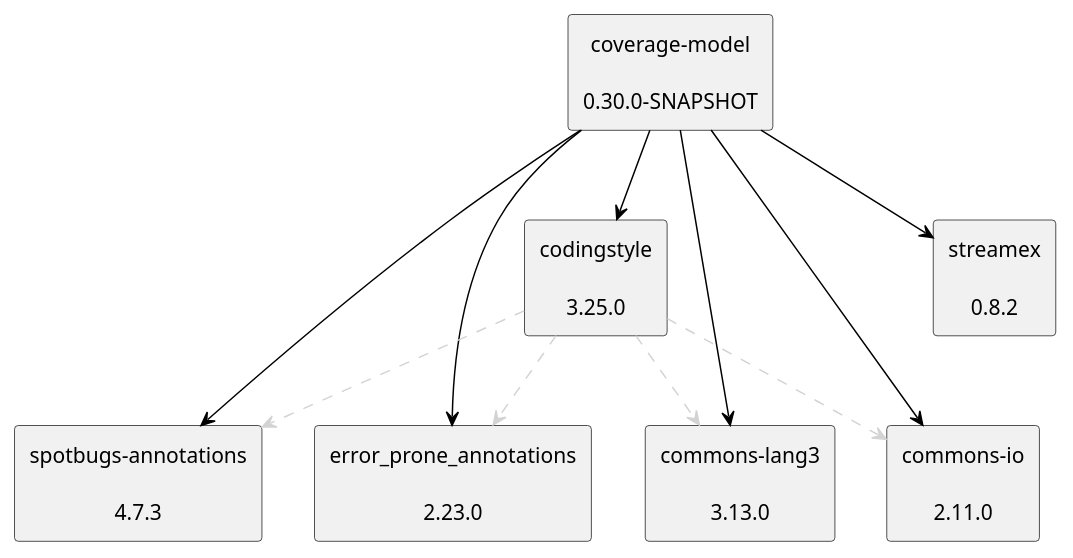
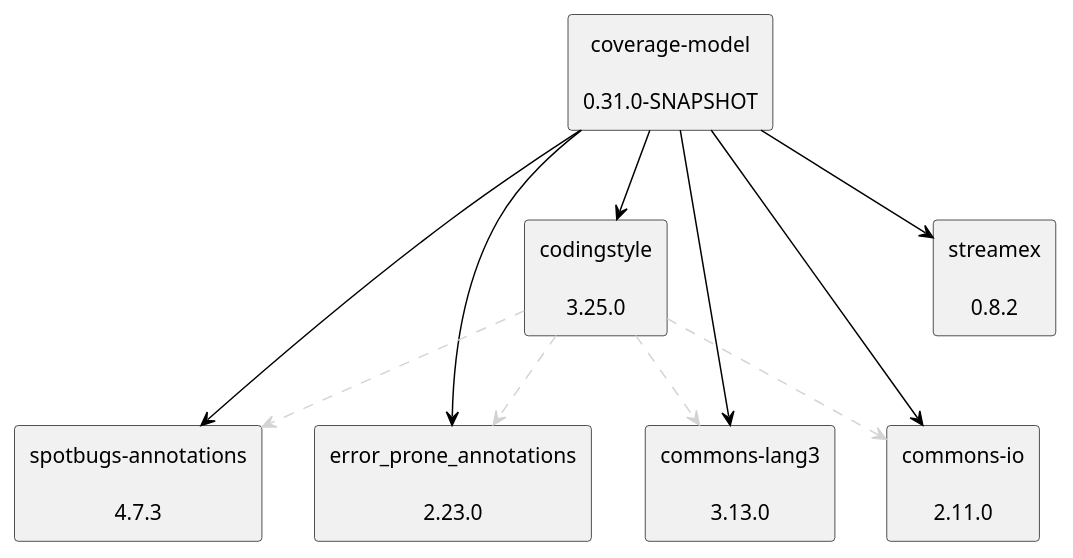
The diagram in doc/dependency-graph.puml (jenkinsci/coverage-model), drawn with PlantUML before and after one commit. The commit also changed 25 other files, not shown here.

```diff
--- a/doc/dependency-graph.puml
+++ b/doc/dependency-graph.puml
@@ -1,26 +1,26 @@
 @startuml
 skinparam defaultTextAlignment center
 skinparam rectangle {
   BackgroundColor<<optional>> beige
   BackgroundColor<<test>> lightGreen
   BackgroundColor<<runtime>> lightBlue
   BackgroundColor<<provided>> lightGray
 }
-rectangle "coverage-model\n\n0.30.0-SNAPSHOT" as edu_hm_hafner_coverage_model_jar
+rectangle "coverage-model\n\n0.31.0-SNAPSHOT" as edu_hm_hafner_coverage_model_jar
 rectangle "spotbugs-annotations\n\n4.7.3" as com_github_spotbugs_spotbugs_annotations_jar
 rectangle "error_prone_annotations\n\n2.23.0" as com_google_errorprone_error_prone_annotations_jar
 rectangle "streamex\n\n0.8.2" as one_util_streamex_jar
 rectangle "codingstyle\n\n3.25.0" as edu_hm_hafner_codingstyle_jar
 rectangle "commons-lang3\n\n3.13.0" as org_apache_commons_commons_lang3_jar
 rectangle "commons-io\n\n2.11.0" as commons_io_commons_io_jar
 edu_hm_hafner_coverage_model_jar -[#000000]-> com_github_spotbugs_spotbugs_annotations_jar
 edu_hm_hafner_coverage_model_jar -[#000000]-> com_google_errorprone_error_prone_annotations_jar
 edu_hm_hafner_coverage_model_jar -[#000000]-> one_util_streamex_jar
 edu_hm_hafner_codingstyle_jar .[#D3D3D3].> com_github_spotbugs_spotbugs_annotations_jar
 edu_hm_hafner_codingstyle_jar .[#D3D3D3].> com_google_errorprone_error_prone_annotations_jar
 edu_hm_hafner_codingstyle_jar .[#D3D3D3].> org_apache_commons_commons_lang3_jar
 edu_hm_hafner_codingstyle_jar .[#D3D3D3].> commons_io_commons_io_jar
 edu_hm_hafner_coverage_model_jar -[#000000]-> edu_hm_hafner_codingstyle_jar
 edu_hm_hafner_coverage_model_jar -[#000000]-> org_apache_commons_commons_lang3_jar
 edu_hm_hafner_coverage_model_jar -[#000000]-> commons_io_commons_io_jar
 @enduml
```
